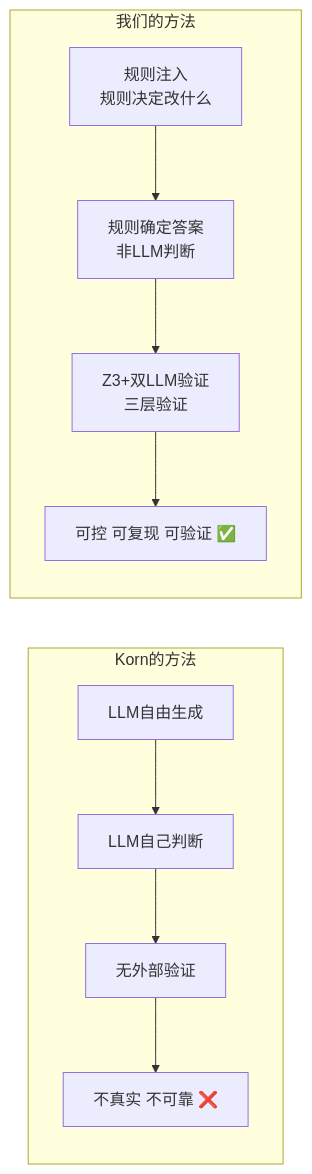
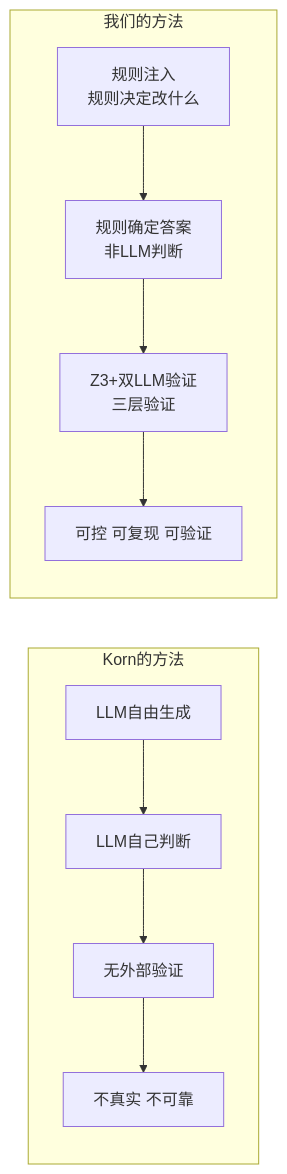
The sixth of 6 diagrams in docs/srs_project/synthesis_method_description.md (hongshi1/data-clean), drawn with Mermaid before and after one commit. The commit also changed other lines of this file, not shown here.

````diff
--- a/docs/srs_project/synthesis_method_description.md
+++ b/docs/srs_project/synthesis_method_description.md
@@ -334,14 +319,13 @@
 ```mermaid
 graph LR
     subgraph Korn的方法
         A1[LLM自由生成] --> A2[LLM自己判断]
         A2 --> A3[无外部验证]
-        A3 --> A4[不真实 不可靠 ❌]
+        A3 --> A4[不真实 不可靠]
     end
-
     subgraph 我们的方法
         B1[规则注入<br/>规则决定改什么] --> B2[规则确定答案<br/>非LLM判断]
         B2 --> B3[Z3+双LLM验证<br/>三层验证]
-        B3 --> B4[可控 可复现 可验证 ✅]
+        B3 --> B4[可控 可复现 可验证]
     end
 ```
````
